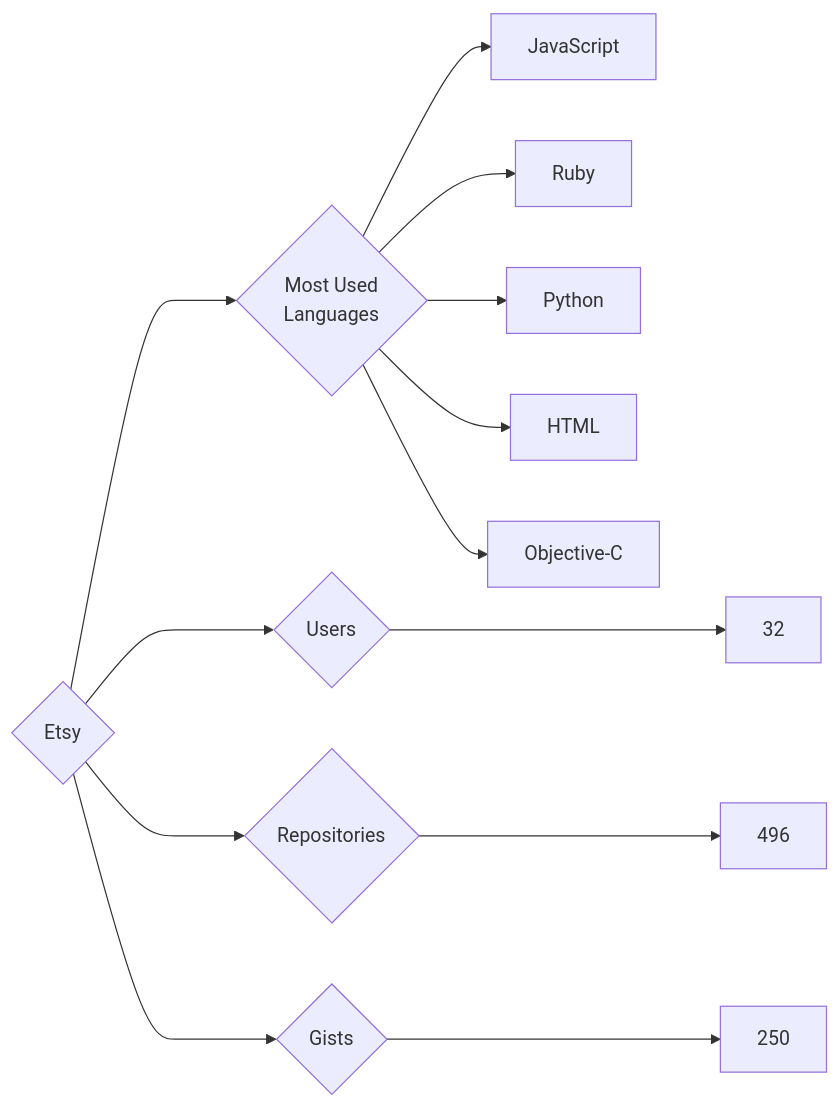
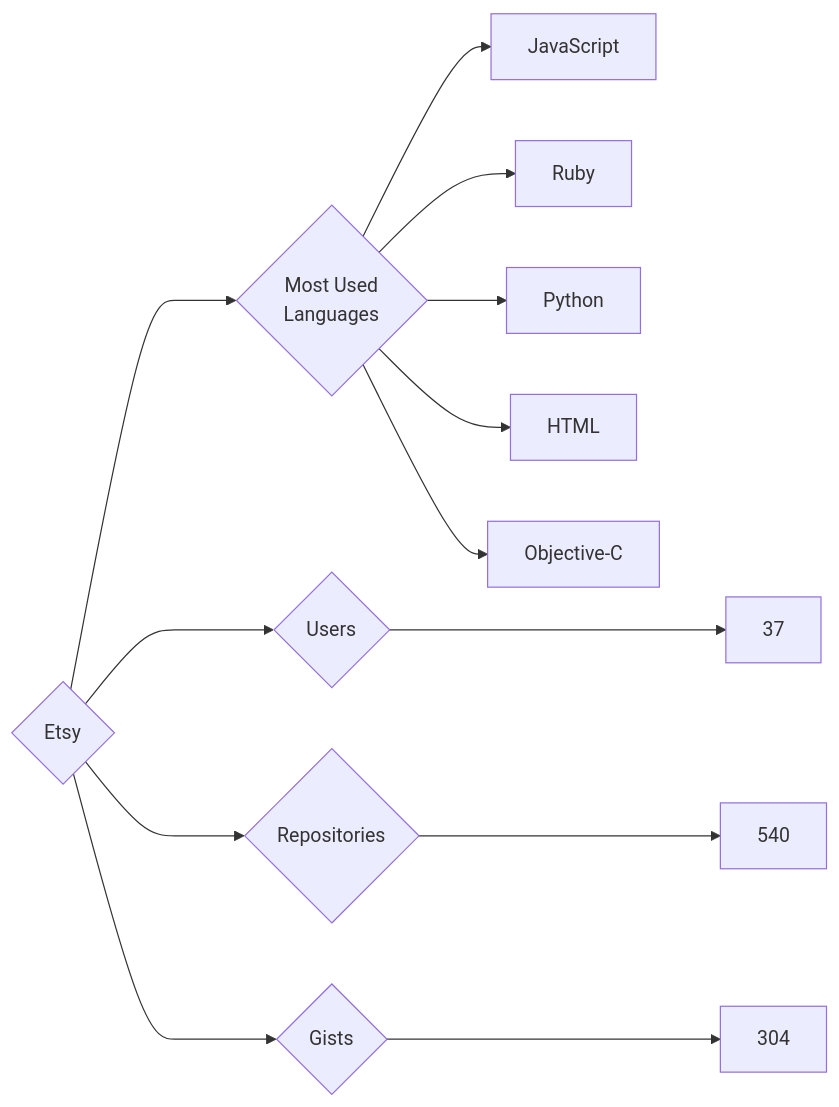
One commit to trickest/insiders changed the diagram in targets/Etsy/README.md. Above: the diagram before and after it, drawn with Mermaid. The commit also changed 636 other files, not shown here.

````diff
--- a/targets/Etsy/README.md
+++ b/targets/Etsy/README.md
@@ -3,13 +3,13 @@
 ```mermaid
 graph LR
 COMPANY_NAME{Etsy}
-COMPANY_NAME ---> U{Users} ---> UN[32]
-COMPANY_NAME ---> R{Repositories} ---> RN[496]
-COMPANY_NAME ---> G{Gists} ---> GN[250]
+COMPANY_NAME ---> U{Users} ---> UN[37]
+COMPANY_NAME ---> R{Repositories} ---> RN[540]
+COMPANY_NAME ---> G{Gists} ---> GN[304]
 COMPANY_NAME ---> ML{Most Used<br>Languages}
 ML --> JavaScript[JavaScript]
 ML --> Ruby[Ruby]
 ML --> Python[Python]
 ML --> HTML[HTML]
 ML --> Objective-C[Objective-C]
 ```
````
